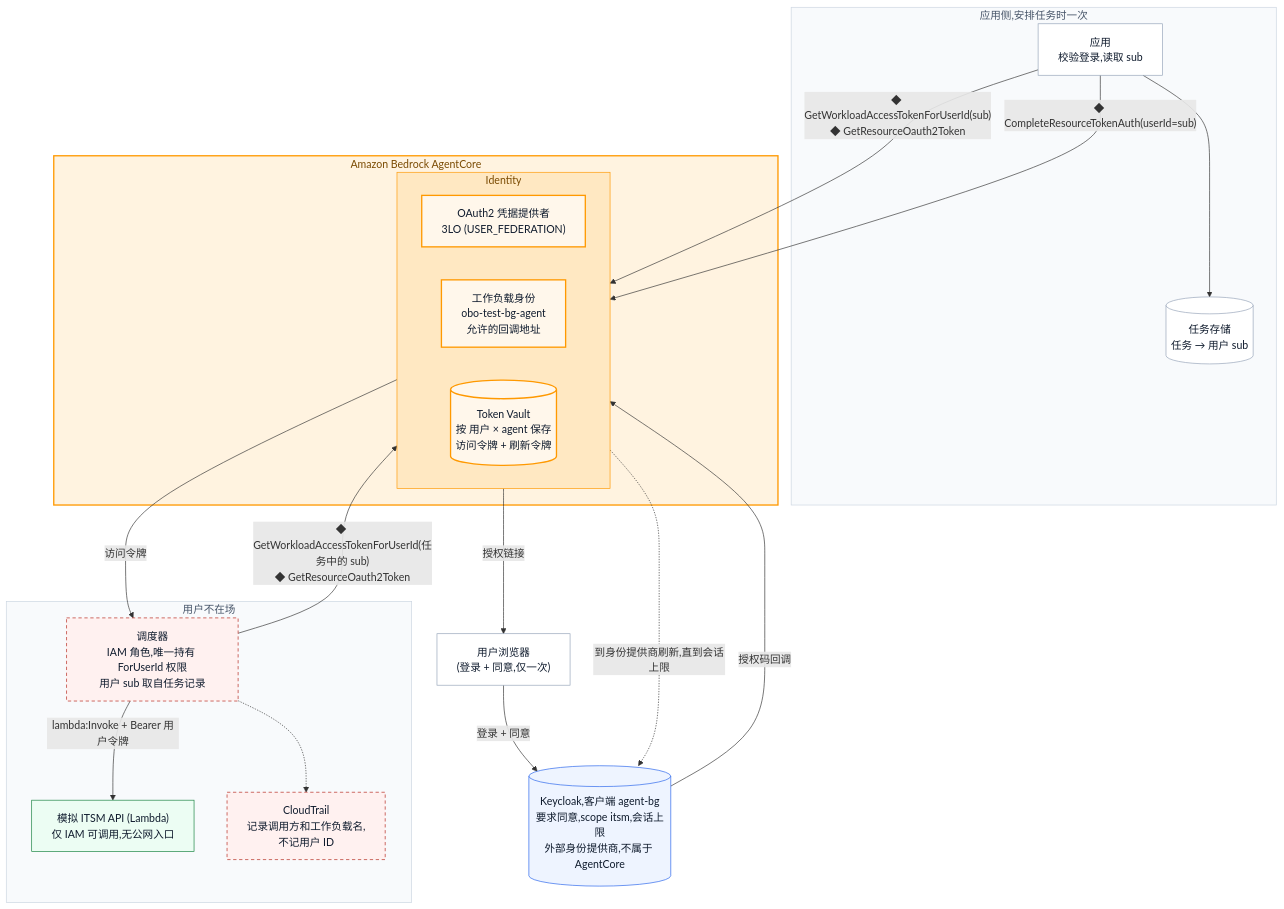
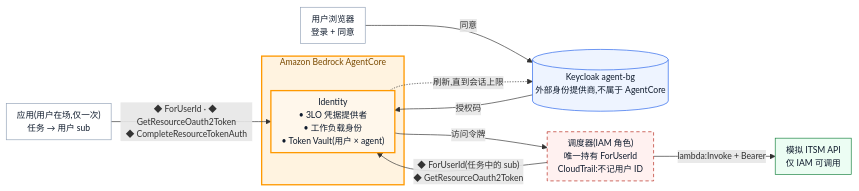
One commit to zanbei/agentcore-delegated-auth-poc changed the diagram in docs/diagrams/poc2-zh.mmd. Above: the diagram before and after it, drawn with Mermaid. The commit also changed 5 other files, not shown here.

Commit message:
Make architecture diagrams compact

```diff
--- a/docs/diagrams/poc2-zh.mmd
+++ b/docs/diagrams/poc2-zh.mmd
@@ -1,45 +1,23 @@
-flowchart TB
-    U2["用户浏览器<br/>(登录 + 同意,仅一次)"]
-    subgraph setup["应用侧,安排任务时一次"]
-        APP["应用<br/>校验登录,读取 sub"]
-        T[("任务存储<br/>任务 → 用户 sub")]
+%%{init: {"flowchart": {"nodeSpacing": 18, "rankSpacing": 28, "padding": 8}, "themeVariables": {"fontSize": "13px"}}}%%
+flowchart LR
+    APP["应用(用户在场,仅一次)<br/>任务 → 用户 sub"] -->|"◆ ForUserId · ◆ GetResourceOauth2Token<br/>◆ CompleteResourceTokenAuth"| ID
+    subgraph AC["Amazon Bedrock AgentCore"]
+        ID["Identity<br/>• 3LO 凭据提供者<br/>• 工作负载身份<br/>• Token Vault(用户 × agent)"]
     end
-    subgraph AC["Amazon Bedrock AgentCore"]
-        subgraph ID["Identity"]
-            direction LR
-            CP["OAuth2 凭据提供者<br/>3LO (USER_FEDERATION)"]
-            WI["工作负载身份<br/>obo-test-bg-agent<br/>允许的回调地址"]
-            V[("Token Vault<br/>按 用户 × agent 保存<br/>访问令牌 + 刷新令牌")]
-        end
-    end
-    K2[("Keycloak,客户端 agent-bg<br/>要求同意,scope itsm,会话上限<br/>外部身份提供商,不属于 AgentCore")]
-    subgraph absent["用户不在场"]
-        S["调度器<br/>IAM 角色,唯一持有 ForUserId 权限<br/>用户 sub 取自任务记录"]
-        D2["模拟 ITSM API (Lambda)<br/>仅 IAM 可调用,无公网入口"]
-        CT["CloudTrail<br/>记录调用方和工作负载名,<br/>不记用户 ID"]
-    end
-    APP -->|"◆ GetWorkloadAccessTokenForUserId(sub)<br/>◆ GetResourceOauth2Token"| CP
-    CP -->|"授权链接"| U2
-    U2 -->|"登录 + 同意"| K2
-    K2 -->|"授权码回调"| V
-    APP -->|"◆ CompleteResourceTokenAuth(userId=sub)"| V
-    APP --> T
-    S -->|"◆ GetWorkloadAccessTokenForUserId(任务中的 sub)<br/>◆ GetResourceOauth2Token"| V
-    V -->|"访问令牌"| S
-    V -.->|"到身份提供商刷新,直到会话上限"| K2
-    S -->|"lambda:Invoke + Bearer 用户令牌"| D2
-    S -.-> CT
+    B["用户浏览器<br/>登录 + 同意"] -->|"同意"| K[("Keycloak agent-bg<br/>外部身份提供商,不属于 AgentCore")]
+    K -->|"授权码"| ID
+    ID -.->|"刷新,直到会话上限"| K
+    S["调度器(IAM 角色)<br/>唯一持有 ForUserId<br/>CloudTrail:不记用户 ID"] -->|"◆ ForUserId(任务中的 sub)<br/>◆ GetResourceOauth2Token"| ID
+    ID -->|"访问令牌"| S
+    S -->|"lambda:Invoke + Bearer"| D["模拟 ITSM API<br/>仅 IAM 可调用"]
     classDef agentcore fill:#fff7eb,stroke:#ff9900,stroke-width:2px,color:#0f1b2d
     classDef idp fill:#eef4ff,stroke:#2563eb,color:#0f1b2d
     classDef app fill:#ffffff,stroke:#94a3b8,color:#0f1b2d
     classDef down fill:#ecfdf3,stroke:#15803d,color:#0f1b2d
     classDef risk fill:#fff1f0,stroke:#b42318,stroke-dasharray:5 4,color:#0f1b2d
-    class CP,WI,V agentcore
-    class K2 idp
-    class U2,APP,T app
-    class D2 down
-    class S,CT risk
     style AC fill:#fff3e0,stroke:#ff9900,stroke-width:2px,color:#7a4a00
-    style ID fill:#ffe8c2,stroke:#ff9900,color:#7a4a00
-    style setup fill:#f8fafc,stroke:#cbd5e1,color:#475569
-    style absent fill:#f8fafc,stroke:#cbd5e1,color:#475569
+    class ID agentcore
+    class K idp
+    class APP,B app
+    class D down
+    class S risk
```
